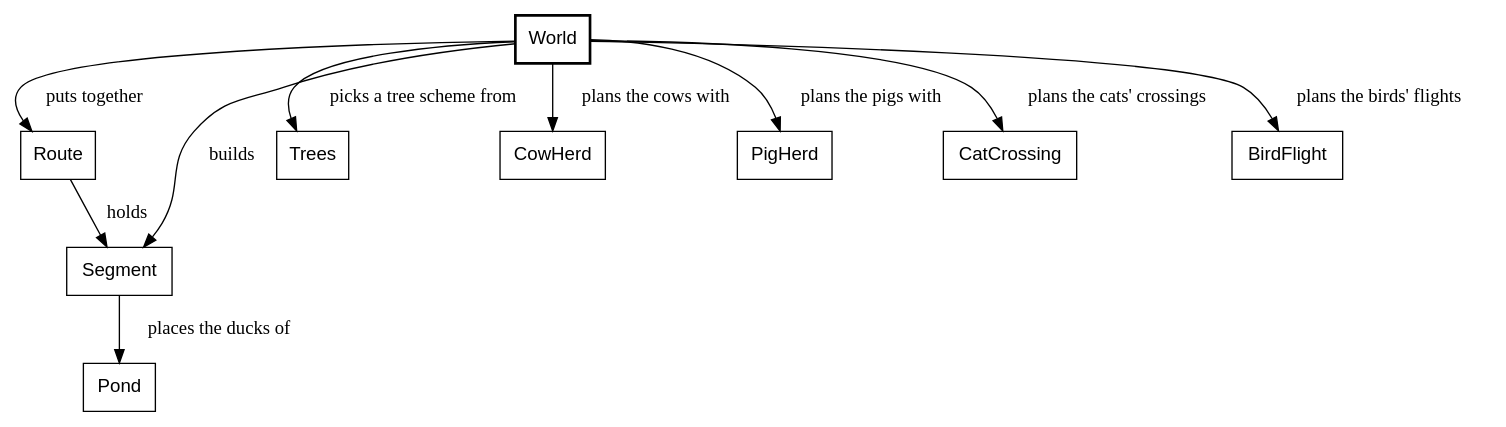
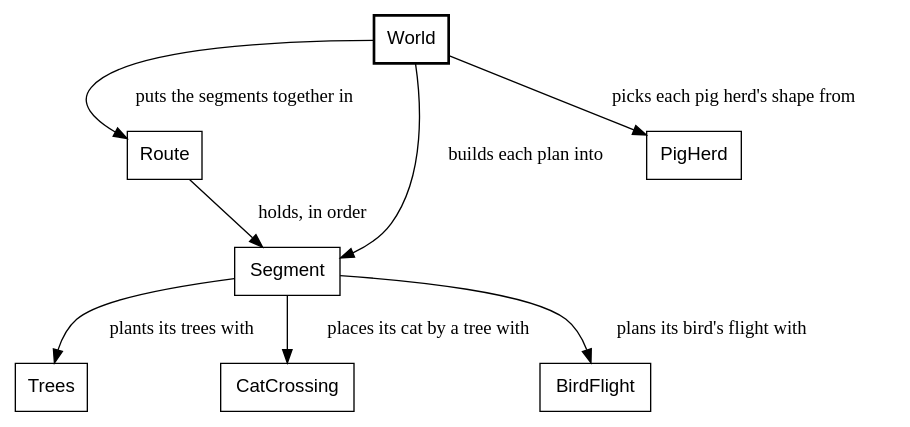
Before and after one commit to showell/roc-apps: the fourth of 29 diagrams in canvas_apps/safari/tutorial/tutorial.md, drawn with Graphviz. The commit also changed other lines of this file and 1 other file, not shown here.

First line of the commit message:
safari book: The world, a clean draft; the clock moves to the motion half

````diff
--- a/canvas_apps/safari/tutorial/tutorial.md
+++ b/canvas_apps/safari/tutorial/tutorial.md
@@ -286,15 +245,13 @@
 ```dot
 digraph world {
   node [shape=box, fontname="Helvetica"];
   World [style=bold];
-  World -> Route [label="  puts together"];
-  World -> Segment [label="  builds"];
-  World -> Trees [label="  picks a tree scheme from"];
-  World -> CowHerd [label="  plans the cows with"];
-  World -> PigHerd [label="  plans the pigs with"];
-  World -> CatCrossing [label="  plans the cats' crossings"];
-  World -> BirdFlight [label="  plans the birds' flights"];
-  Route -> Segment [label="  holds"];
-  Segment -> Pond [label="  places the ducks of"];
+  World -> Route [label="  puts the segments together in"];
+  World -> Segment [label="  builds each plan into"];
+  World -> PigHerd [label="  picks each pig herd's shape from"];
+  Route -> Segment [label="  holds, in order"];
+  Segment -> Trees [label="  plants its trees with"];
+  Segment -> CatCrossing [label="  places its cat by a tree with"];
+  Segment -> BirdFlight [label="  plans its bird's flight with"];
 }
 ```
````
